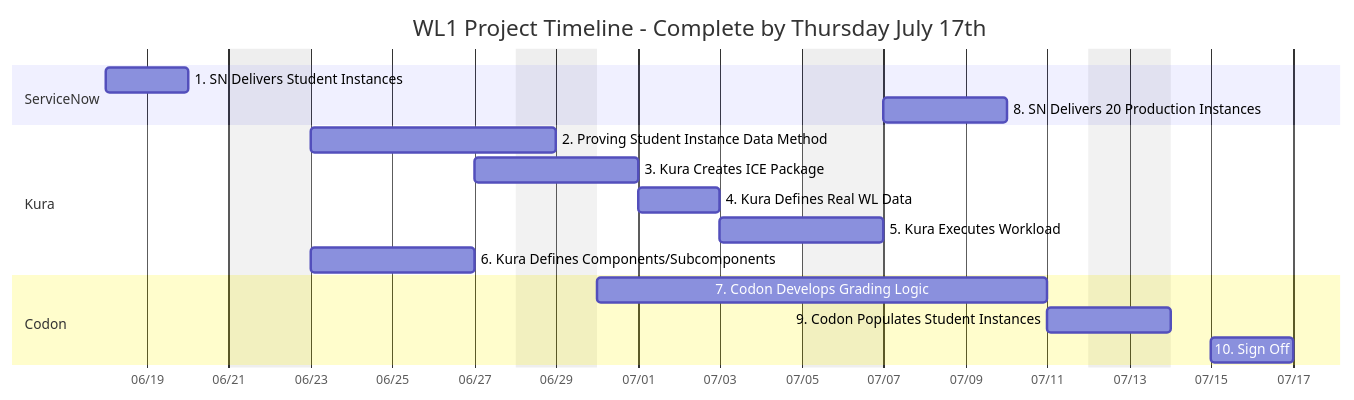
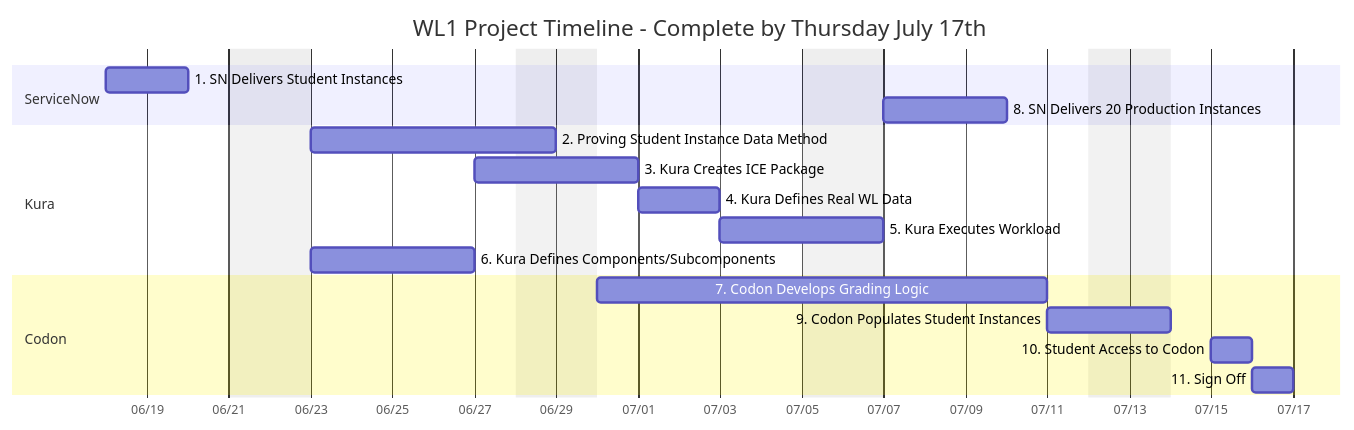
Before and after one commit to elmorenox/wl1_mermaid: the diagram in mermaid.readme.md, drawn with Mermaid. The commit also changed other lines of this file, not shown here.

````diff
--- a/mermaid.readme.md
+++ b/mermaid.readme.md
@@ -5,23 +5,24 @@
 ```mermaid
 gantt
     title WL1 Project Timeline - Complete by Thursday July 17th
     dateFormat YYYY-MM-DD
     axisFormat %m/%d
     excludes weekends
     
     section ServiceNow
     1. SN Delivers Student Instances      :sn1, 2025-06-18, 2025-06-20
     8. SN Delivers 20 Production Instances :sn8, 2025-07-07, 2025-07-10
     
     section Kura
     2. Proving Student Instance Data Method :k2, 2025-06-23, 2025-06-29
     3. Kura Creates ICE Package           :k3, 2025-06-27, 2025-07-01
     4. Kura Defines Real WL Data          :k4, 2025-07-01, 2025-07-03
     5. Kura Executes Workload             :k5, 2025-07-03, 2025-07-07
     6. Kura Defines Components/Subcomponents :k6, 2025-06-23, 2025-06-27
     
     section Codon
     7. Codon Develops Grading Logic       :c7, 2025-06-30, 2025-07-11
     9. Codon Populates Student Instances  :c9, 2025-07-11, 2025-07-14
-    10. Sign Off                          :c10, 2025-07-15, 2025-07-17
+    10. Student Access to Codon          :c10, 2025-07-15, 2025-07-16
+    11. Sign Off                          :c11, 2025-07-16, 2025-07-17
 ```
````
